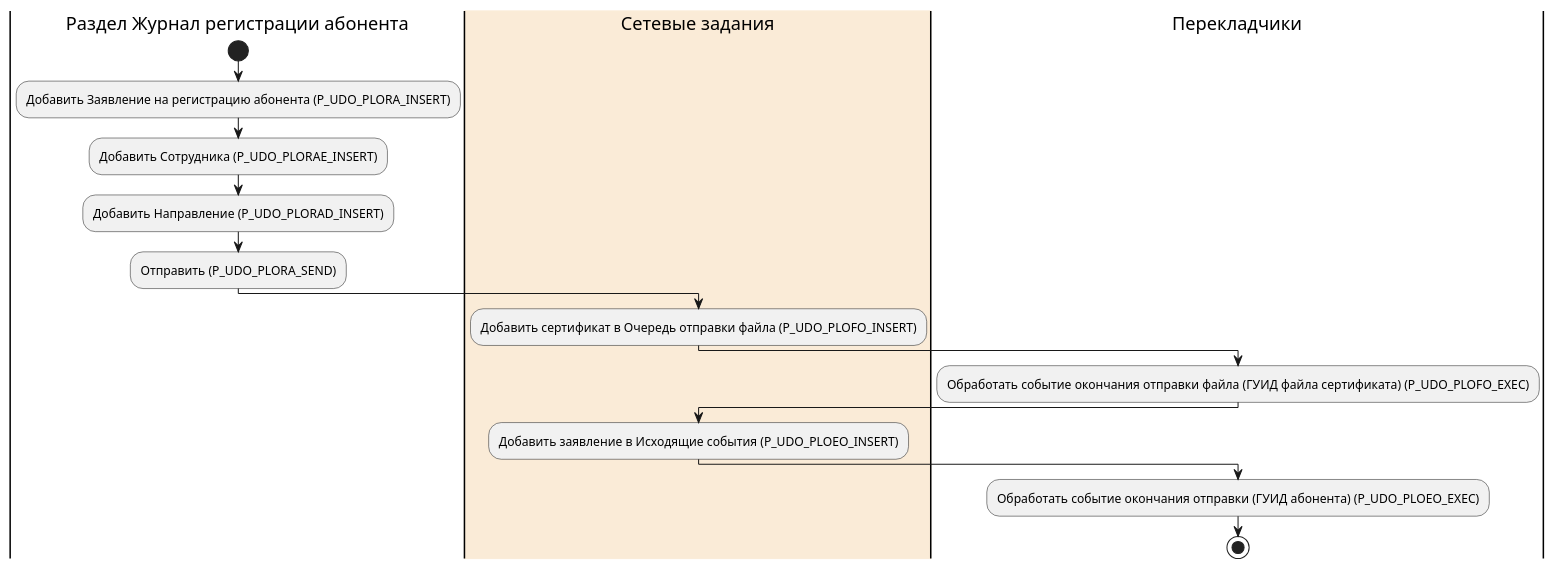
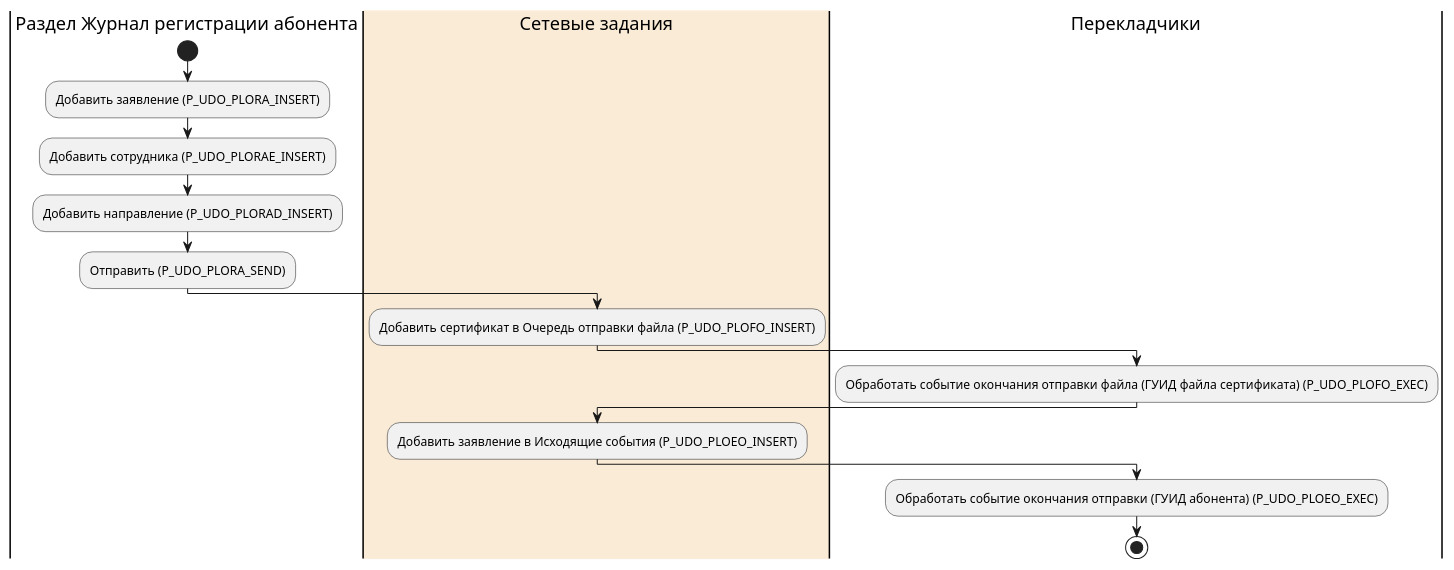
One commit to citpb/platform-astral-schemes changed the diagram in udo_plora_activity_reg.puml. Above: the diagram before and after it, drawn with PlantUML.

Commit message:
Update udo_plora_activity_reg.puml
Небольшие переименования пользовательских действий.

```diff
--- a/udo_plora_activity_reg.puml
+++ b/udo_plora_activity_reg.puml
@@ -1,17 +1,17 @@
 @startuml
 |Раздел Журнал регистрации абонента|
 start
-:Добавить Заявление на регистрацию абонента (P_UDO_PLORA_INSERT);
-:Добавить Сотрудника (P_UDO_PLORAE_INSERT);
-:Добавить Направление (P_UDO_PLORAD_INSERT);
+:Добавить заявление (P_UDO_PLORA_INSERT);
+:Добавить сотрудника (P_UDO_PLORAE_INSERT);
+:Добавить направление (P_UDO_PLORAD_INSERT);
 :Отправить (P_UDO_PLORA_SEND); 
 |#AntiqueWhite|Сетевые задания|
 :Добавить сертификат в Очередь отправки файла (P_UDO_PLOFO_INSERT);
 |Перекладчики|
 :Обработать событие окончания отправки файла (ГУИД файла сертификата) (P_UDO_PLOFO_EXEC);
 |Сетевые задания|
 :Добавить заявление в Исходящие события (P_UDO_PLOEO_INSERT);
 |Перекладчики|
 :Обработать событие окончания отправки (ГУИД абонента) (P_UDO_PLOEO_EXEC);
 stop
 @enduml
```
